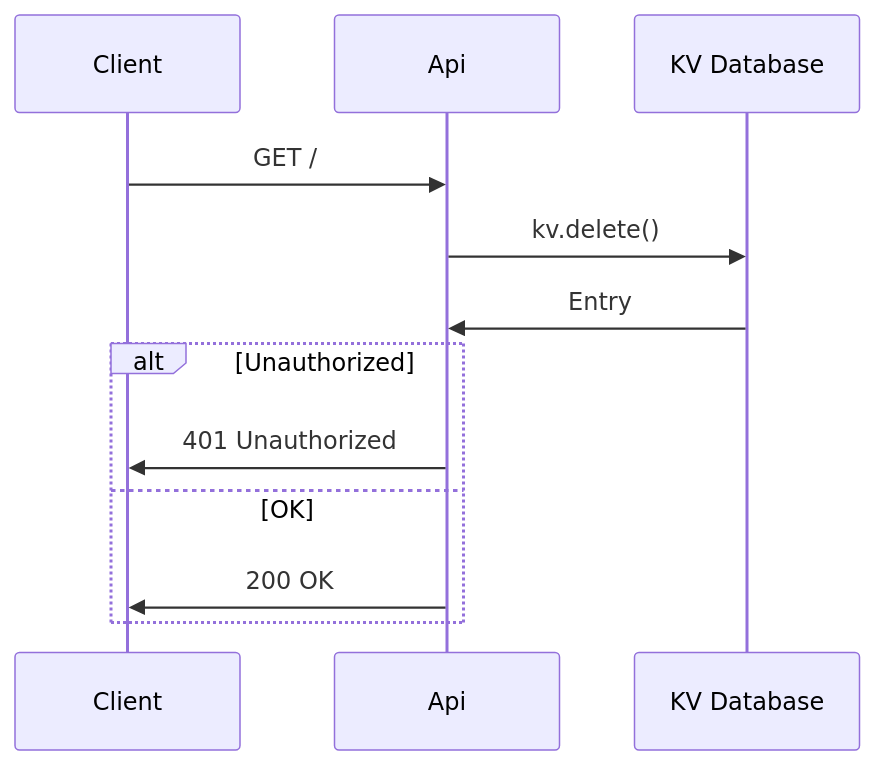
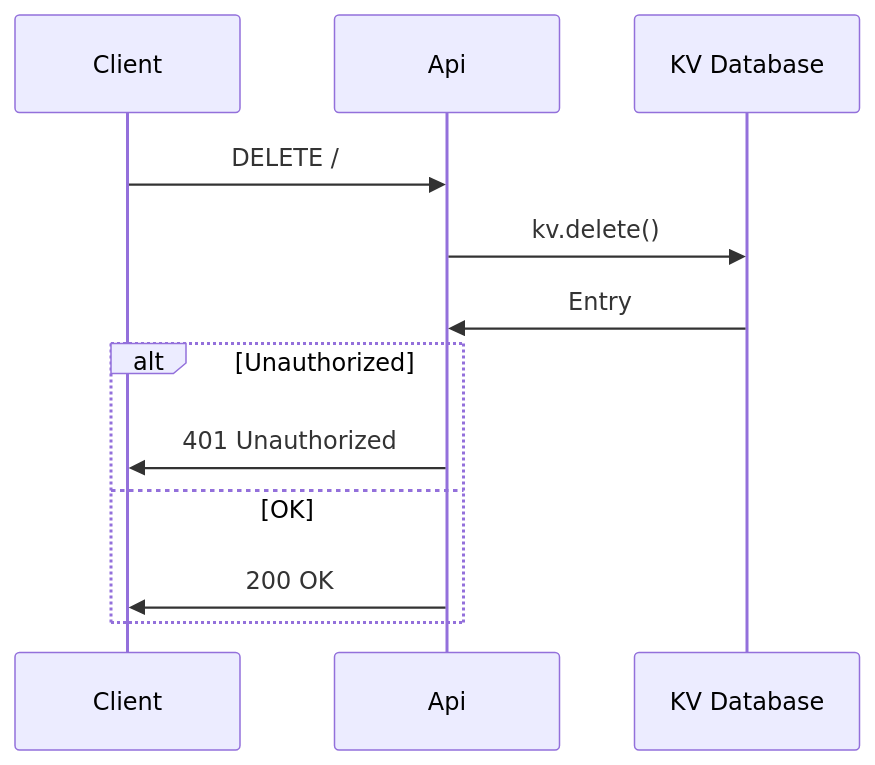
The third of 3 diagrams in readme.md (nn1-dev/api-feedback), drawn with Mermaid before and after one commit. The commit also changed other lines of this file, not shown here.

````diff
--- a/readme.md
+++ b/readme.md
@@ -94,14 +94,14 @@
 ```mermaid
 sequenceDiagram
     participant Client
     participant Api
     participant Db as KV Database
-    Client->>Api: GET /
+    Client->>Api: DELETE /
     Api->>Db: kv.delete()
     Db->>Api: Entry
     alt Unauthorized
         Api->>Client: 401 Unauthorized
     else OK
         Api->>Client: 200 OK
     end
 ```
````
